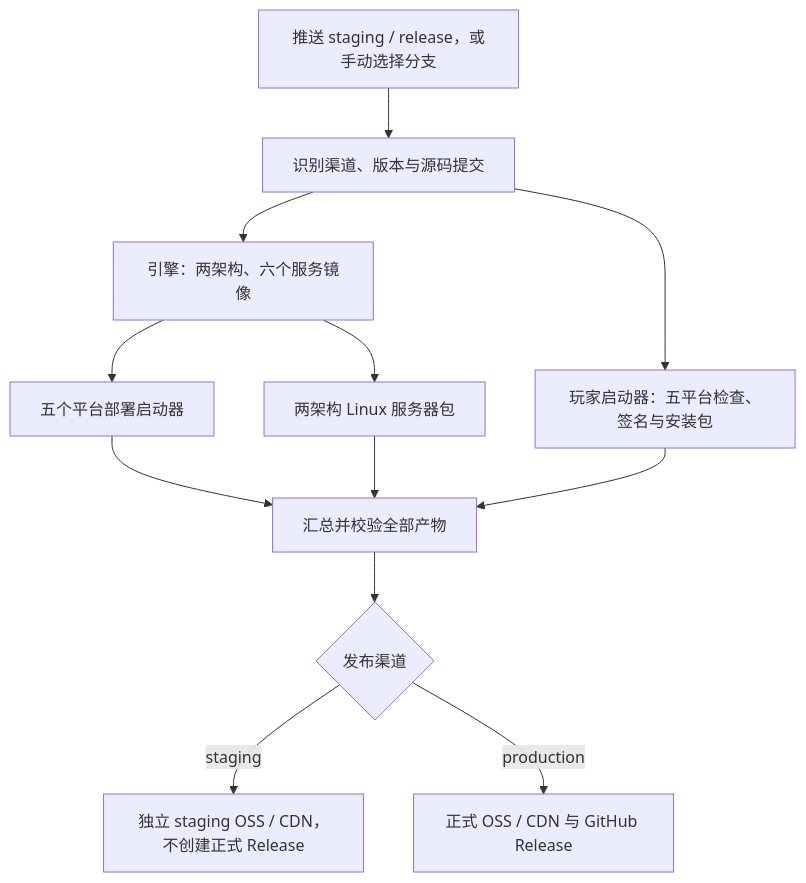
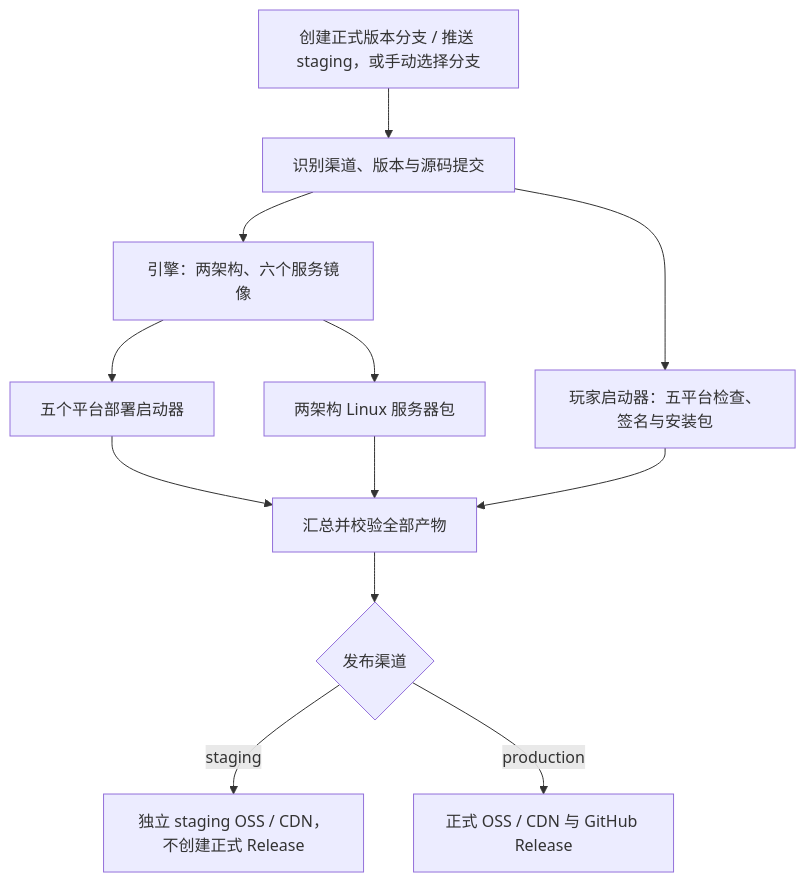
The diagram in docs/release-and-version.md (NickLiu2233/box3-local-engine), drawn with Mermaid before and after one commit. The commit also changed other lines of this file and 23 other files, not shown here.

````diff
--- a/docs/release-and-version.md
+++ b/docs/release-and-version.md
@@ -7,14 +7,14 @@
 ```mermaid
 flowchart TD
-    Branch["推送 staging / release，或手动选择分支"] --> Identity["识别渠道、版本与源码提交"]
+    Branch["创建正式版本分支 / 推送 staging，或手动选择分支"] --> Identity["识别渠道、版本与源码提交"]
     Identity --> Images["引擎：两架构、六个服务镜像"]
     Images --> Desktop["五个平台部署启动器"]
     Images --> Server["两架构 Linux 服务器包"]
     Identity --> Player["玩家启动器：五平台检查、签名与安装包"]
     Desktop --> Collect["汇总并校验全部产物"]
     Server --> Collect
     Player --> Collect
     Collect --> Channel{"发布渠道"}
     Channel -->|staging| Preview["独立 staging OSS / CDN，不创建正式 Release"]
     Channel -->|production| Production["正式 OSS / CDN 与 GitHub Release"]
 ```
````
